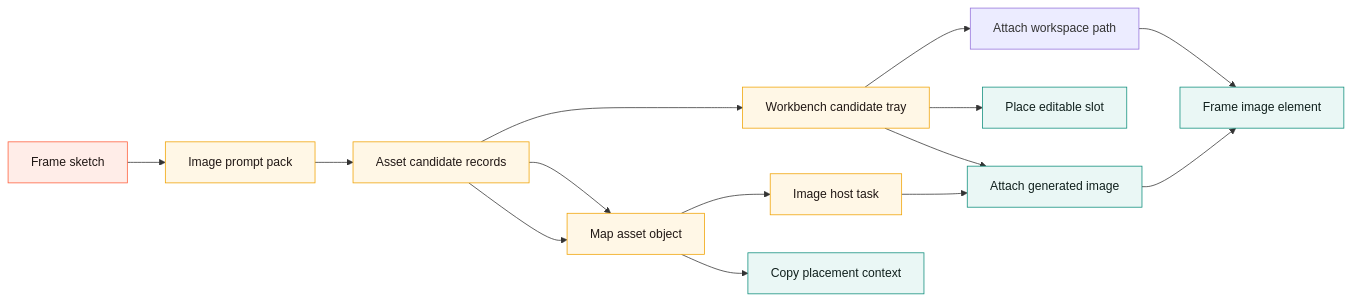
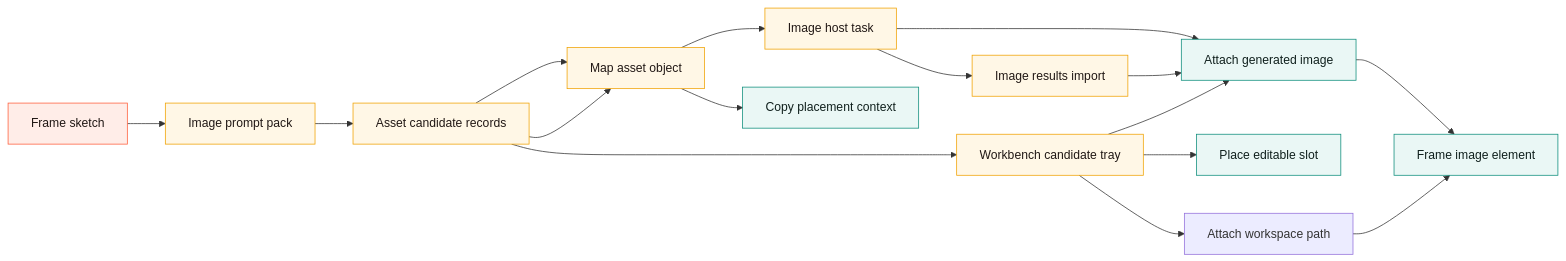
One commit to varshneydevansh/Canvax changed the tenth of 12 diagrams in docs/FEATURES.md. Above: the diagram before and after it, drawn with Mermaid. The commit also changed other lines of this file and 13 other files, not shown here.

Commit message:
feat: import hosted image results

````diff
--- a/docs/FEATURES.md
+++ b/docs/FEATURES.md
@@ -1135,23 +1151,25 @@
 ```mermaid
 flowchart LR
     A[Frame sketch] --> B[Image prompt pack]
     B --> C[Asset candidate records]
     C --> H[Image generation brief]
     H --> K[Image host task]
+    K --> L[Image results import]
     C --> D[Workbench candidate tray]
     K --> F
+    L --> F
     D --> E[Place editable slot]
     D --> F[Attach generated image]
     D --> J[Attach workspace path]
     F --> G[Frame image element]
     J --> G
     C --> H[Map asset object]
     H --> I[Copy placement context]
 
     classDef sketch fill:#ffede8,stroke:#ff5d3a,color:#211815;
     classDef pack fill:#fff7e6,stroke:#f0a202,color:#211815;
     classDef image fill:#eaf7f5,stroke:#0c8d7b,color:#10201d;
     class A sketch;
-    class B,C,D,H,K pack;
+    class B,C,D,H,K,L pack;
     class E,F,G,I image;
 ```
````
